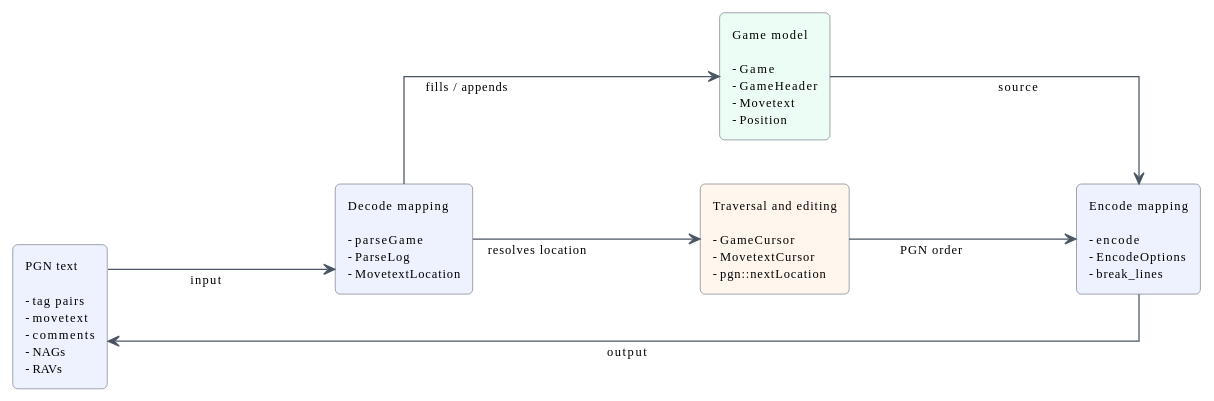
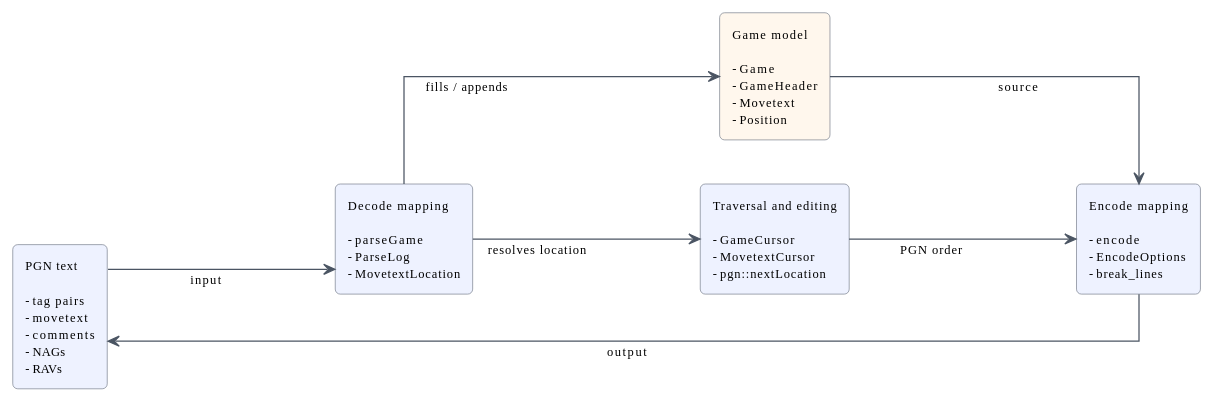
The first of 2 diagrams in docs/architecture/core-pgn.md (bahmanm/libscid), drawn with PlantUML before and after one commit. The commit also changed other lines of this file and 10 other files, not shown here.

```diff
--- a/docs/architecture/core-pgn.md
+++ b/docs/architecture/core-pgn.md
@@ -20,31 +27,31 @@
 @startuml core-pgn
 skinparam backgroundColor #FFFFFF
 skinparam shadowing false
 skinparam linetype ortho
 skinparam defaultFontName Cantarel
 skinparam defaultFontSize 10
 skinparam roundcorner 8
 skinparam ArrowColor #4B5563
 skinparam RectangleBorderColor #6B7280
-skinparam RectangleBackgroundColor #F9FAFB
+skinparam RectangleBackgroundColor #EEF2FF
 
 left to right direction
 
 rectangle "PGN text\n\n- <font:Source Code Pro>tag pairs</font>\n- <font:Source Code Pro>movetext</font>\n- <font:Source Code Pro>comments</font>\n- <font:Source Code Pro>NAGs</font>\n- <font:Source Code Pro>RAVs</font>" as PgnText #EEF2FF
 
 rectangle "Decode mapping\n\n- <font:Source Code Pro>parseGame</font>\n- <font:Source Code Pro>ParseLog</font>\n- <font:Source Code Pro>MovetextLocation</font>" as Decode #EEF2FF
 
-rectangle "Game model\n\n- <font:Source Code Pro>Game</font>\n- <font:Source Code Pro>GameHeader</font>\n- <font:Source Code Pro>Movetext</font>\n- <font:Source Code Pro>Position</font>" as GameModel #ECFDF5
+rectangle "Game model\n\n- <font:Source Code Pro>Game</font>\n- <font:Source Code Pro>GameHeader</font>\n- <font:Source Code Pro>Movetext</font>\n- <font:Source Code Pro>Position</font>" as GameModel #FFF7ED
 
-rectangle "Traversal and editing\n\n- <font:Source Code Pro>GameCursor</font>\n- <font:Source Code Pro>MovetextCursor</font>\n- <font:Source Code Pro>pgn::nextLocation</font>" as Traversal #FFF7ED
+rectangle "Traversal and editing\n\n- <font:Source Code Pro>GameCursor</font>\n- <font:Source Code Pro>MovetextCursor</font>\n- <font:Source Code Pro>pgn::nextLocation</font>" as Traversal #EEF2FF
 
 rectangle "Encode mapping\n\n- <font:Source Code Pro>encode</font>\n- <font:Source Code Pro>EncodeOptions</font>\n- <font:Source Code Pro>break_lines</font>" as Encode #EEF2FF
 
 PgnText ----> Decode : input
 Decode ----> GameModel : fills / appends
 Decode ----> Traversal : resolves location
 
 GameModel ----> Encode : source
 Traversal ----> Encode : PGN order
 Encode ----> PgnText : output
 @enduml
```
